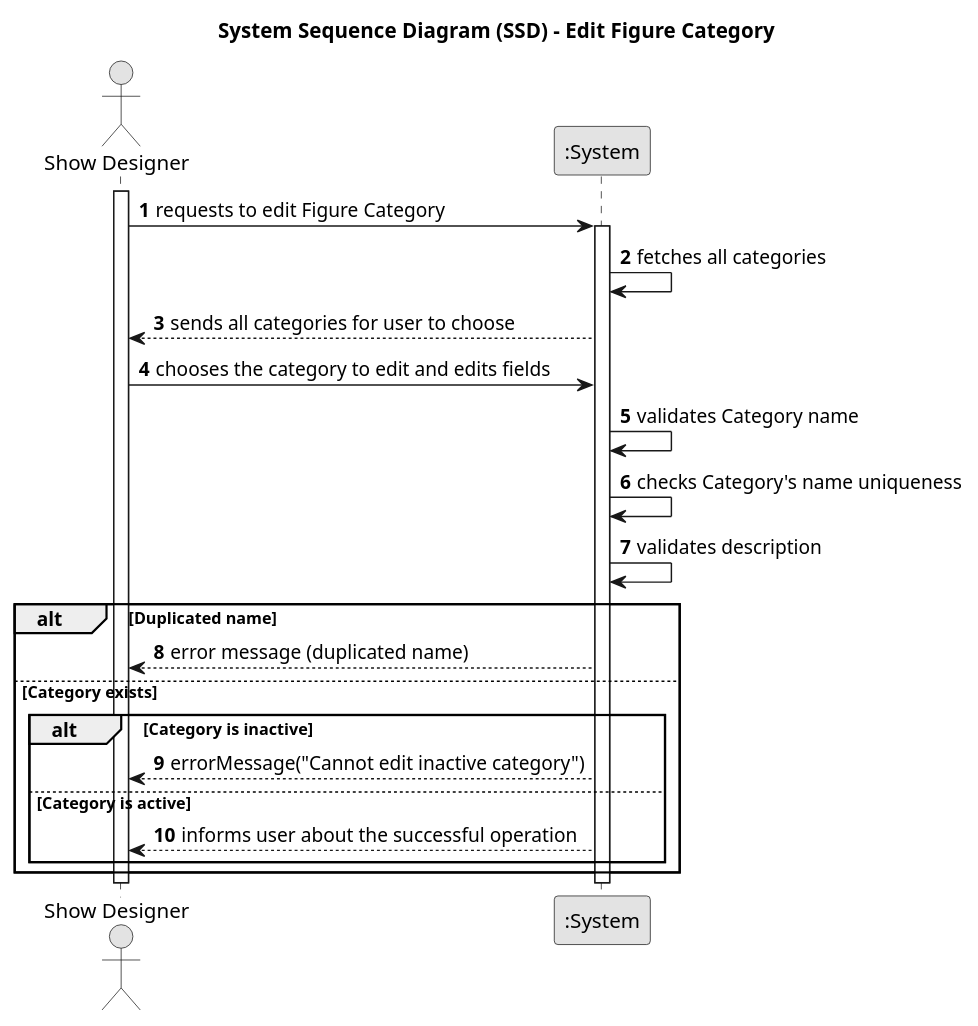
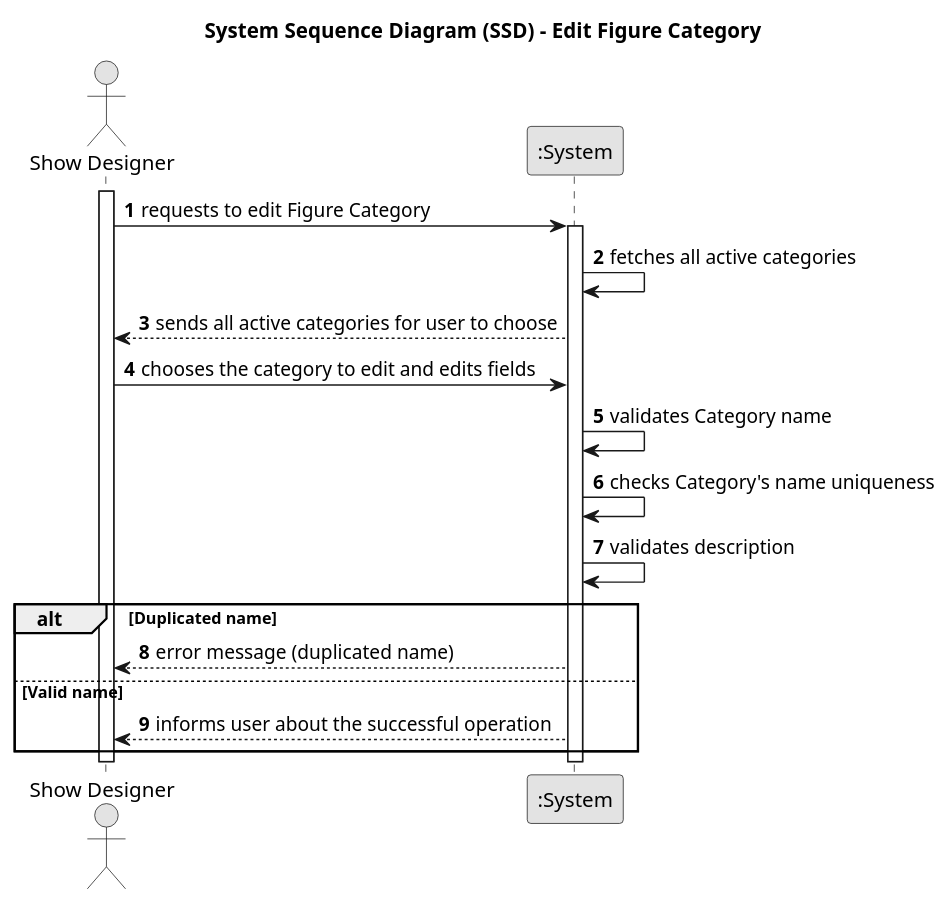
Before and after one commit to SAEmanuel/Shodrone_ISEP: the diagram in docs/planning/sprint2/EAPLI/US246 - Edit figure category/01.requirements-engineering/puml/us246-system-sequence-diagram.puml, drawn with PlantUML. The commit also changed 4 other files, not shown here.

```diff
--- a/docs/planning/sprint2/EAPLI/US246 - Edit figure category/01.requirements-engineering/puml/us246-system-sequence-diagram.puml
+++ b/docs/planning/sprint2/EAPLI/US246 - Edit figure category/01.requirements-engineering/puml/us246-system-sequence-diagram.puml
@@ -1,39 +1,34 @@
 @startuml
 skinparam monochrome true
 skinparam packageStyle rectangle
 skinparam shadowing false
 
 title System Sequence Diagram (SSD) - Edit Figure Category
 
 autonumber
 
 actor "Show Designer" as SD
 participant ":System" as System
 
 activate SD
 
 SD -> System: requests to edit Figure Category
 activate System
-System -> System: fetches all categories
-System --> SD: sends all categories for user to choose
+System -> System: fetches all active categories
+System --> SD: sends all active categories for user to choose
 SD -> System : chooses the category to edit and edits fields
 System -> System: validates Category name
 System -> System: checks Category's name uniqueness
 System -> System: validates description
 
 alt Duplicated name
  System --> SD: error message (duplicated name)
-else Category exists
+else Valid name
+ System --> SD: informs user about the successful operation
 
-    alt Category is inactive
-        System --> SD: errorMessage("Cannot edit inactive category")
-    else Category is active
-        System --> SD: informs user about the successful operation
-
-    end
 end
 
 deactivate System
 deactivate SD
 
 @enduml
```
